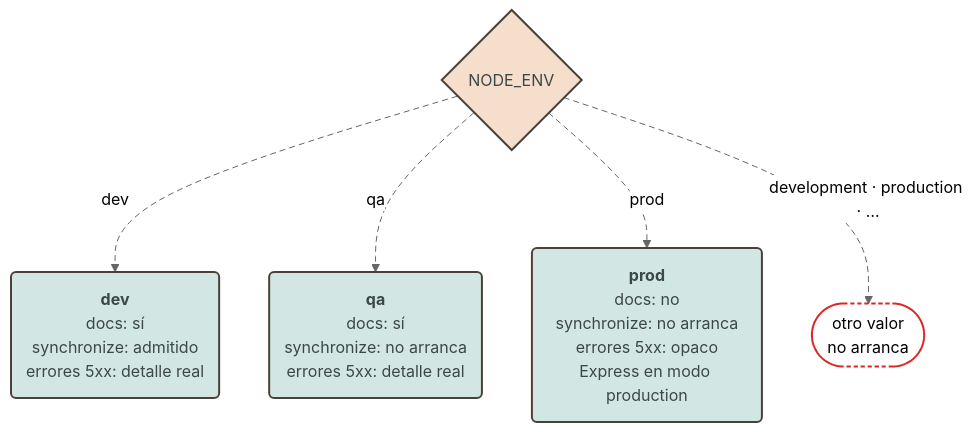
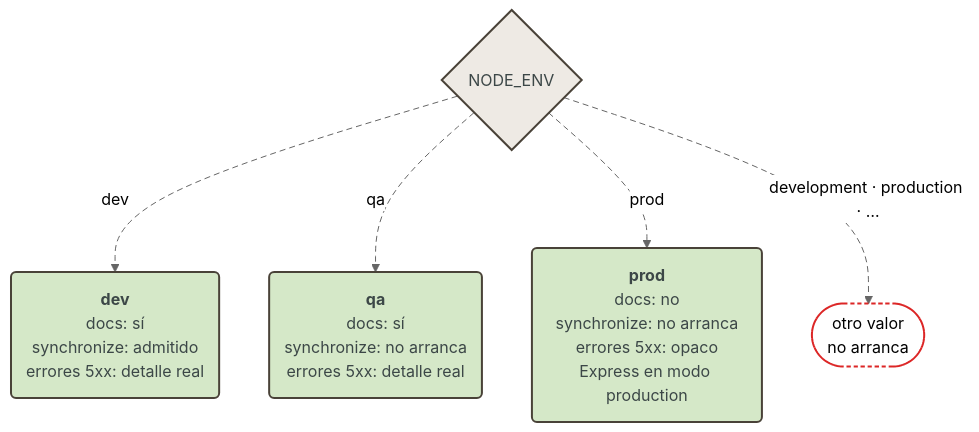
The tenth of 19 diagrams in docs/architecture.md (pcarroza91/nest-template), drawn with Mermaid (neutral theme) before and after one commit. The commit also changed other lines of this file and 2 other files, not shown here.

First line of the commit message:
docs(architecture): colores por capa y componente en los diagramas Mermaid

````diff
--- a/docs/architecture.md
+++ b/docs/architecture.md
@@ -416,21 +446,21 @@
 ```mermaid
 flowchart TB
     ENVQ{"NODE_ENV"}
     DEV("<b>dev</b><br/>docs: sí<br/>synchronize: admitido<br/>errores 5xx: detalle real")
     QA("<b>qa</b><br/>docs: sí<br/>synchronize: no arranca<br/>errores 5xx: detalle real")
     PROD("<b>prod</b><br/>docs: no<br/>synchronize: no arranca<br/>errores 5xx: opaco<br/>Express en modo production")
     OTHER(["otro valor<br/>no arranca"])
 
     ENVQ -- "dev" --> DEV
     ENVQ -- "qa" --> QA
     ENVQ -- "prod" --> PROD
     ENVQ -- "development · production · …" --> OTHER
 
-    classDef shared fill:#d2e7e4,stroke:#494238,stroke-width:2px,color:#3c4747
+    classDef config fill:#d5e8c8,stroke:#494238,stroke-width:2px,color:#3c4747
+    classDef decision fill:#eeeae4,stroke:#494238,stroke-width:2px,color:#3c4747
     classDef bad fill:transparent,stroke:#dc2626,stroke-width:2px,stroke-dasharray:4 3
-    class DEV,QA,PROD shared
+    class DEV,QA,PROD config
+    class ENVQ decision
     class OTHER bad
-    classDef decision fill:#f6decc,stroke:#494238,stroke-width:2px,color:#3c4747
-    class ENVQ decision
     linkStyle default stroke-dasharray:6 4
 ```
````
